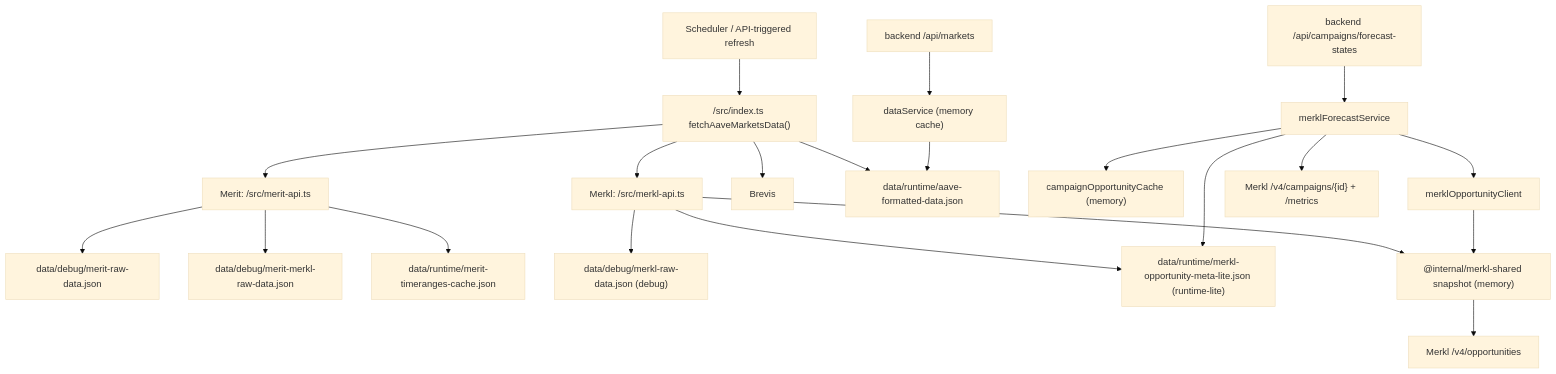
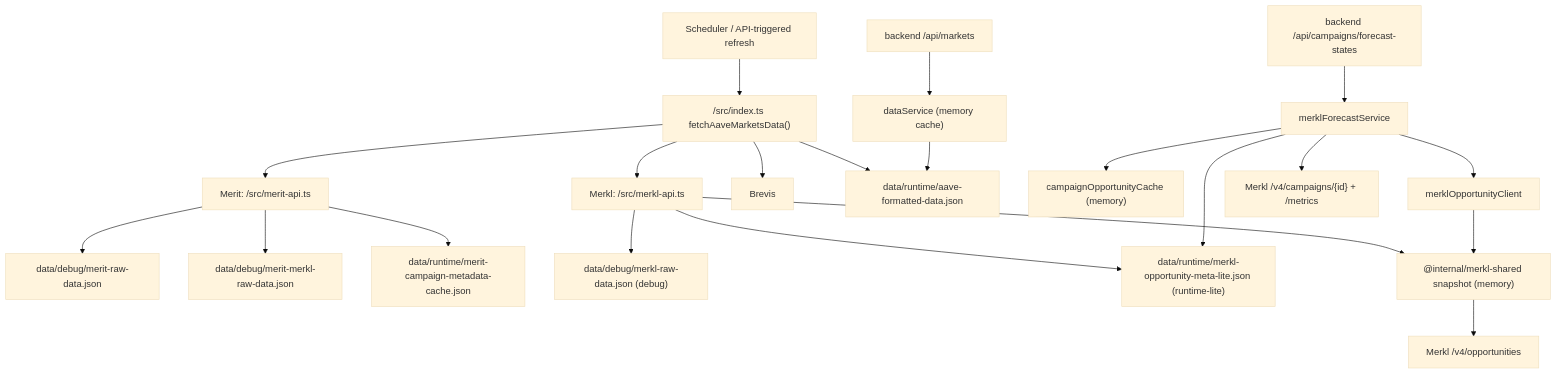
One commit to 0xPabloLI/aave-protocol-analysis changed the fourth of 5 diagrams in docs/merkl-merit-cache-architecture.md. Above: the diagram before and after it, drawn with Mermaid (base theme). The commit also changed other lines of this file and 3 other files, not shown here.

Commit message:
Refine Merit round debug matching and metadata cache

````diff
--- a/docs/merkl-merit-cache-architecture.md
+++ b/docs/merkl-merit-cache-architecture.md
@@ -90,23 +90,23 @@
 ```mermaid
 flowchart TD
   A["Scheduler / API-triggered refresh"] --> B["/src/index.ts fetchAaveMarketsData()"]
   B --> C["Merit: /src/merit-api.ts"]
   B --> D["Merkl: /src/merkl-api.ts"]
   B --> E["Brevis"]
   C --> F["data/debug/merit-raw-data.json"]
   C --> G["data/debug/merit-merkl-raw-data.json"]
-  C --> H["data/runtime/merit-timeranges-cache.json"]
+  C --> H["data/runtime/merit-campaign-metadata-cache.json"]
   D --> I["data/debug/merkl-raw-data.json (debug)"]
   D --> J["data/runtime/merkl-opportunity-meta-lite.json (runtime-lite)"]
   D --> R["@internal/merkl-shared snapshot (memory)"]
   B --> K["data/runtime/aave-formatted-data.json"]
   L["backend /api/markets"] --> M["dataService (memory cache)"]
   M --> K
   N["backend /api/campaigns/forecast-states"] --> O["merklForecastService"]
   O --> P["campaignOpportunityCache (memory)"]
   O --> J
   O --> Q["merklOpportunityClient"]
   Q --> R["@internal/merkl-shared snapshot (memory)"]
   R --> S["Merkl /v4/opportunities"]
   O --> T["Merkl /v4/campaigns/{id} + /metrics"]
 ```
````
